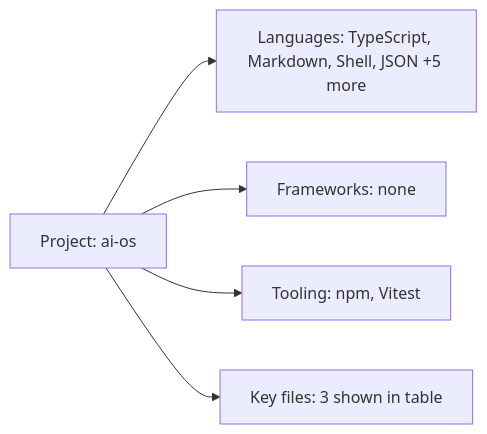
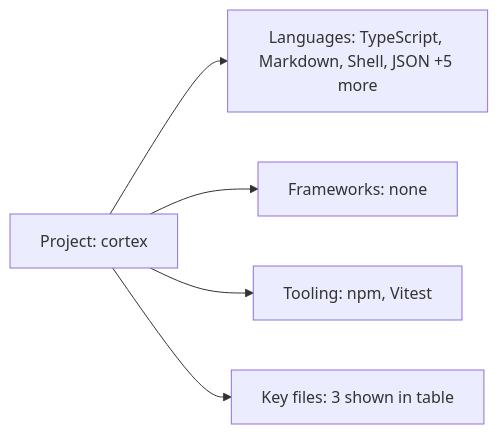
Before and after one commit to marinvch/Cortex: the diagram in .github/cortex/context/stack.md, drawn with Mermaid. The commit also changed other lines of this file and 79 other files, not shown here.

````diff
--- a/.github/cortex/context/stack.md
+++ b/.github/cortex/context/stack.md
@@ -43,12 +43,12 @@
 ```mermaid
 flowchart LR
-  Project["Project: ai-os"]
+  Project["Project: cortex"]
   Lang["Languages: TypeScript, Markdown, Shell, JSON +5 more"]
   Fw["Frameworks: none"]
   Tooling["Tooling: npm, Vitest"]
   Files["Key files: 3 shown in table"]
   Project --> Lang
   Project --> Fw
   Project --> Tooling
   Project --> Files
 ```
````
